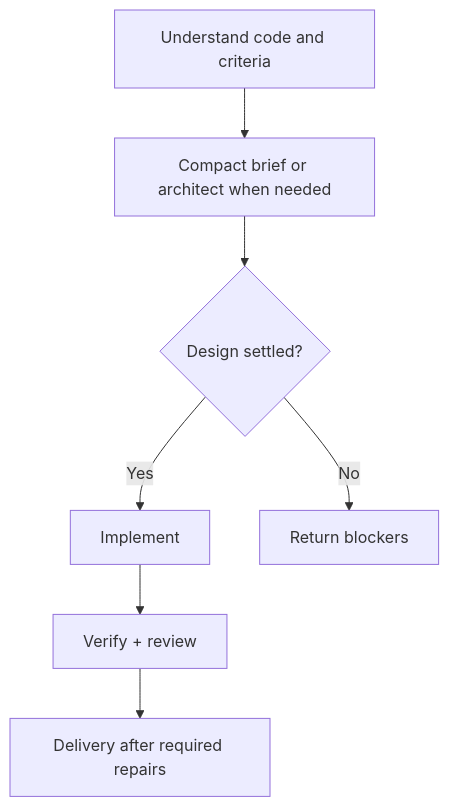
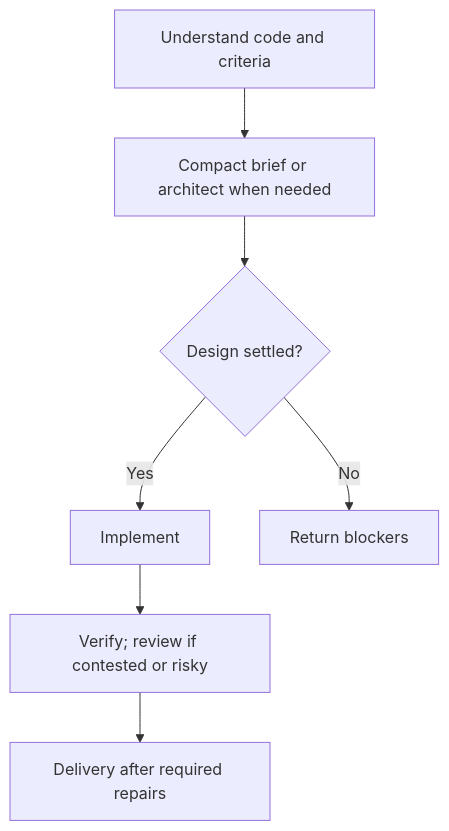
Before and after one commit to LeoMartinDev/skills: the first of 16 diagrams in README.md, drawn with Mermaid. The commit also changed other lines of this file and 27 other files, not shown here.

````diff
--- a/README.md
+++ b/README.md
@@ -68,9 +68,9 @@
 ```mermaid
 flowchart TD
     H["Understand code and criteria"] --> A["Compact brief or architect when needed"]
     A --> Q{"Design settled?"}
     Q -->|Yes| I["Implement"]
     Q -->|No| B["Return blockers"]
-    I --> V["Verify + review"]
+    I --> V["Verify; review if contested or risky"]
     V --> S["Delivery after required repairs"]
 ```
````
